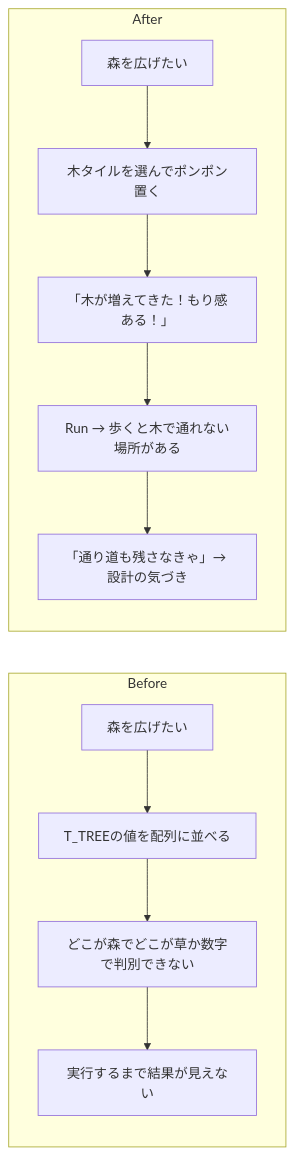
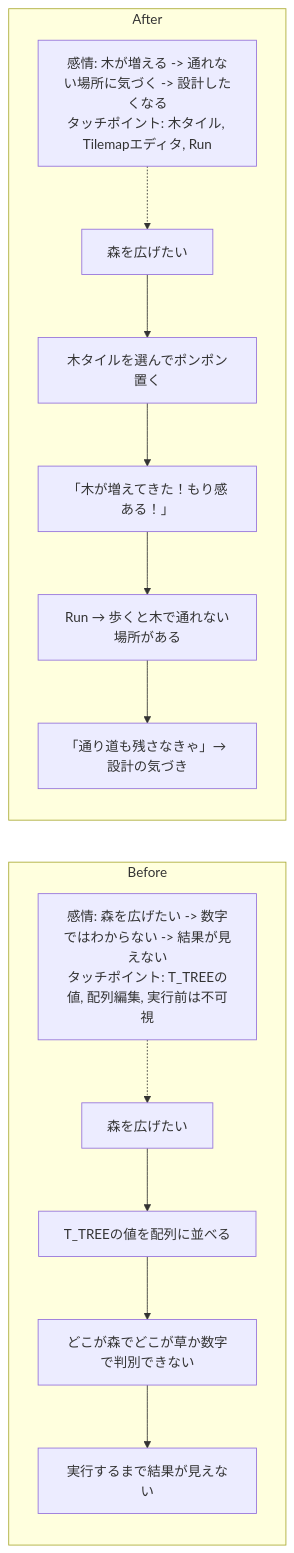
Before and after one commit to tatsuro-ueda/code-quest-pyxel: the third of 42 diagrams in docs/product-requirements/customer-journeys.md, drawn with Mermaid. The commit also changed other lines of this file and 23 other files, not shown here.

````diff
--- a/docs/product-requirements/customer-journeys.md
+++ b/docs/product-requirements/customer-journeys.md
@@ -57,14 +67,18 @@
 ```mermaid
 flowchart LR
     subgraph Before["Before"]
+        BM["感情: 森を広げたい -> 数字ではわからない -> 結果が見えない<br/>タッチポイント: T_TREEの値, 配列編集, 実行前は不可視"]
+        BM -.-> B1
         B1[森を広げたい] --> B2[T_TREEの値を配列に並べる]
         B2 --> B3[どこが森でどこが草か数字で判別できない]
         B3 --> B4[実行するまで結果が見えない]
     end
     subgraph After["After"]
+        AM["感情: 木が増える -> 通れない場所に気づく -> 設計したくなる<br/>タッチポイント: 木タイル, Tilemapエディタ, Run"]
+        AM -.-> A1
         A1[森を広げたい] --> A2[木タイルを選んでポンポン置く]
         A2 --> A3[「木が増えてきた！もり感ある！」]
         A3 --> A4[Run → 歩くと木で通れない場所がある]
         A4 --> A5[「通り道も残さなきゃ」→ 設計の気づき]
     end
 ```
````
